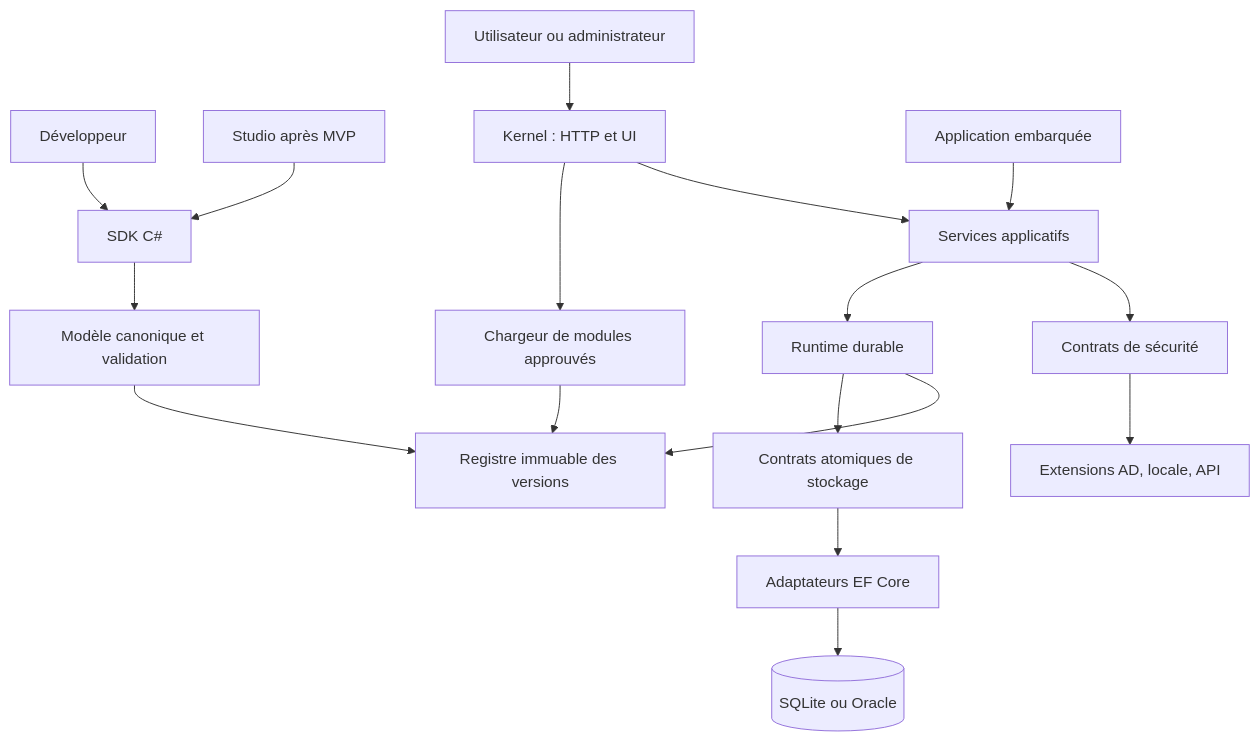
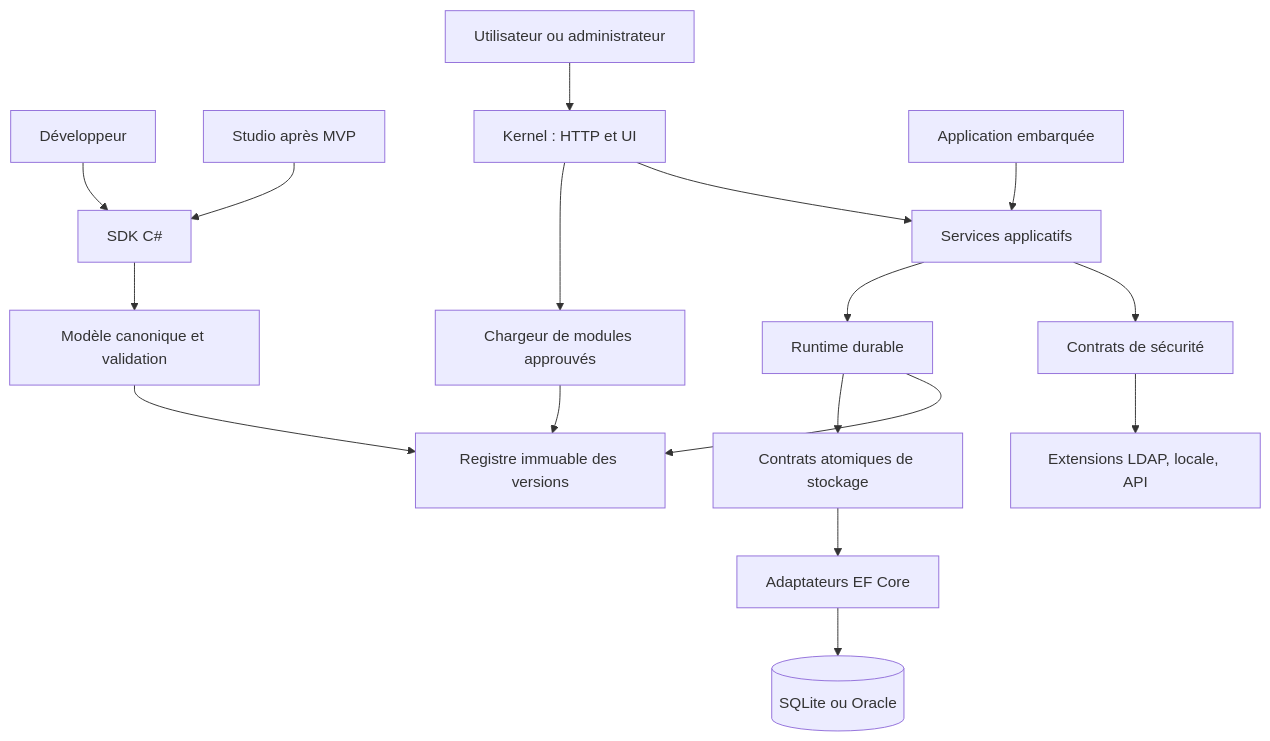
Before and after one commit to mbo2olivier/enterprise-workflow: the diagram in docs/architecture/overview.md, drawn with Mermaid. The commit also changed 14 other files, not shown here.

````diff
--- a/docs/architecture/overview.md
+++ b/docs/architecture/overview.md
@@ -9,19 +9,19 @@
 ```mermaid
 flowchart TB
     Dev[Développeur] --> SDK[SDK C#]
     Studio[Studio après MVP] --> SDK
     SDK --> Model[Modèle canonique et validation]
     Model --> Registry[Registre immuable des versions]
     User[Utilisateur ou administrateur] --> Host[Kernel : HTTP et UI]
     Embedded[Application embarquée] --> App[Services applicatifs]
     Host --> App
     Host --> Loader[Chargeur de modules approuvés]
     Loader --> Registry
     App --> Security[Contrats de sécurité]
-    Security --> Providers[Extensions AD, locale, API]
+    Security --> Providers[Extensions LDAP, locale, API]
     App --> Runtime[Runtime durable]
     Runtime --> Registry
     Runtime --> Store[Contrats atomiques de stockage]
     Store --> EF[Adaptateurs EF Core]
     EF --> DB[(SQLite ou Oracle)]
 ```
````
